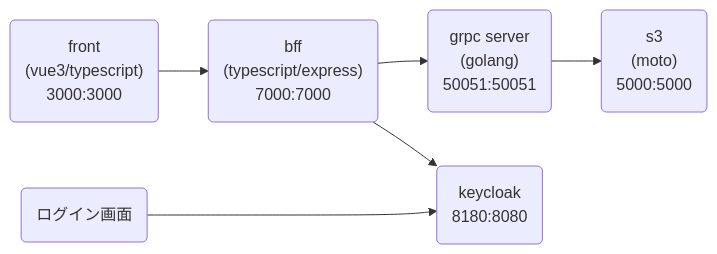
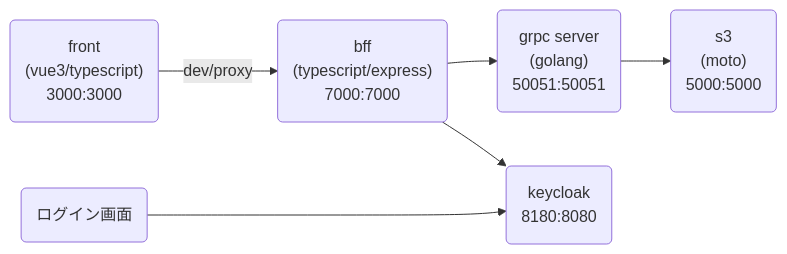
Before and after one commit to yamagame/s3-grpc-server: the diagram in README.md, drawn with Mermaid.

Commit message:
proxy追加

````diff
--- a/README.md
+++ b/README.md
@@ -5,15 +5,15 @@
 ```mermaid
 graph LR;
   front("front
   (vue3/typescript)
-  3000:3000")-->bff("bff
+  3000:3000")-->|dev/proxy|bff("bff
   (typescript/express)
   7000:7000")-->grpc("grpc server
   (golang)
   50051:50051")-->s3("s3
   (moto)
   5000:5000");
   bff-->keycloak("keycloak
   8180:8080")
   login("ログイン画面")--->keycloak
 ```
````
